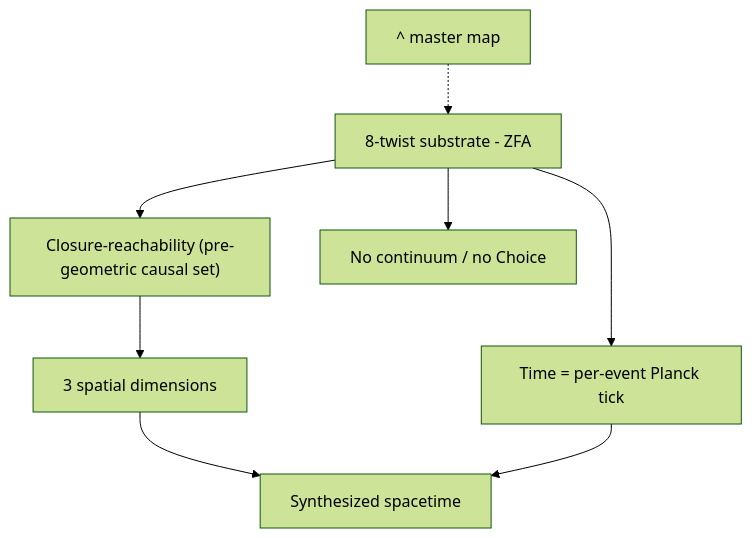
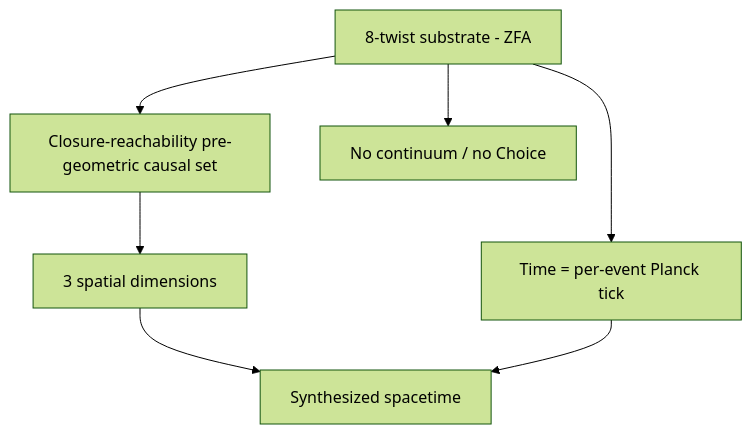
One commit to jimscarver/quantum-logical-framework changed the second of 11 diagrams in FlowChart.md. Above: the diagram before and after it, drawn with Mermaid (forest theme). The commit also changed other lines of this file, not shown here.

First line of the commit message:
FlowChart.md: drop sub-chart hub nodes + parentheses (GitHub render fixes)

````diff
--- a/FlowChart.md
+++ b/FlowChart.md
@@ -47,10 +47,10 @@
 ```mermaid
 flowchart TD
-  H1["^ master map"] -.-> S["8-twist substrate - ZFA"]
-  S --> R["Closure-reachability (pre-geometric causal set)"]
+  S["8-twist substrate - ZFA"]
+  S --> R["Closure-reachability pre-geometric causal set"]
   R --> D["3 spatial dimensions"]
   S --> T["Time = per-event Planck tick"]
   D --> SP["Synthesized spacetime"]
   T --> SP
   S --> CN["No continuum / no Choice"]
 ```
````
